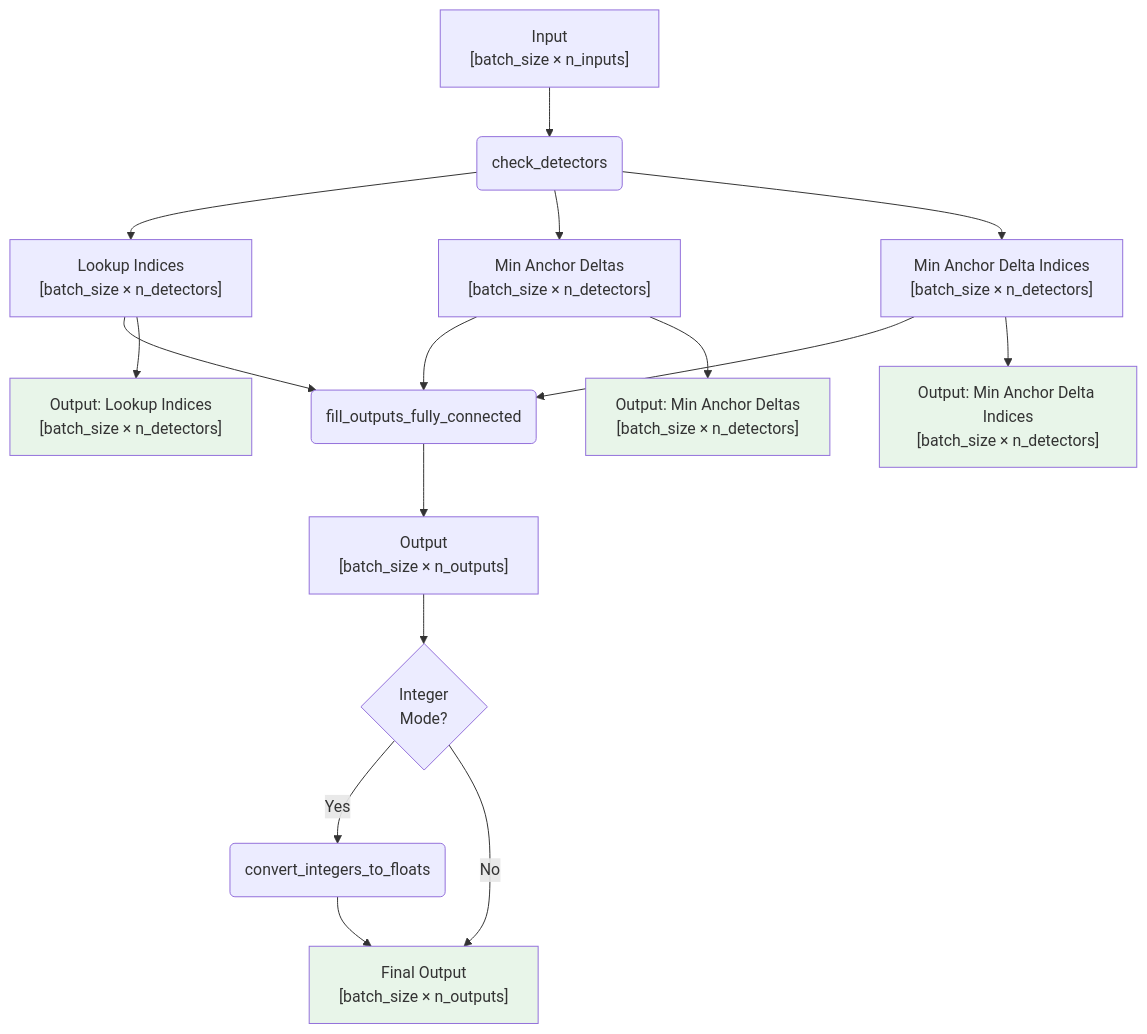
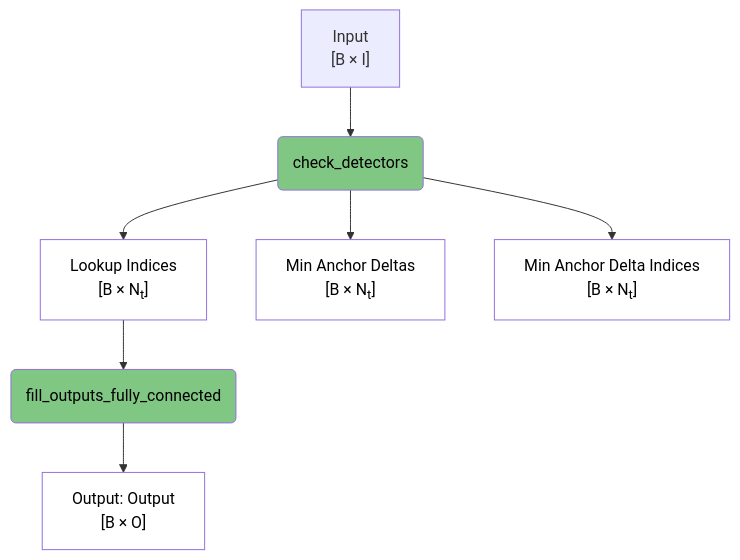
Before and after one commit to anatoli-starostin/spiky: the first of 6 diagrams in spiky_cuda/lut/doc/LUT_RUNTIME_DATA_FLOW.md, drawn with Mermaid. The commit also changed other lines of this file and 1 other file, not shown here.

````diff
--- a/spiky_cuda/lut/doc/LUT_RUNTIME_DATA_FLOW.md
+++ b/spiky_cuda/lut/doc/LUT_RUNTIME_DATA_FLOW.md
@@ -11,28 +9,19 @@
 ```mermaid
 flowchart TD
-    A["Input<br/>[batch_size × n_inputs]"] --> B(check_detectors)
+    A["Input<br/>[B × I]"] --> B(check_detectors)
     
-    B --> C["Lookup Indices<br/>[batch_size × n_detectors]"]
-    B --> D["Min Anchor Deltas<br/>[batch_size × n_detectors]"]
-    B --> E["Min Anchor Delta Indices<br/>[batch_size × n_detectors]"]
+    B --> C["Lookup Indices<br/>[B × N<sub>t</sub>]"]
+    B --> D["Min Anchor Deltas<br/>[B × N<sub>t</sub>]"]
+    B --> E["Min Anchor Delta Indices<br/>[B × N<sub>t</sub>]"]
     
     C --> F(fill_outputs_fully_connected)
-    D --> F
-    E --> F
     
-    F --> G["Output<br/>[batch_size × n_outputs]"]
+    F --> G["Output: Output<br/>[B × O]"]
     
-    G --> H{Integer<br/>Mode?}
-    H -->|Yes| I(convert_integers_to_floats)
-    H -->|No| J["Final Output<br/>[batch_size × n_outputs]"]
-    I --> J
-    
-    C --> K["Output: Lookup Indices<br/>[batch_size × n_detectors]"]
-    D --> L["Output: Min Anchor Deltas<br/>[batch_size × n_detectors]"]
-    E --> M["Output: Min Anchor Delta Indices<br/>[batch_size × n_detectors]"]
-    
-    style K fill:#e8f5e9
-    style L fill:#e8f5e9
-    style M fill:#e8f5e9
-    style J fill:#e8f5e9
+    style B fill:#81c784,color:#000000
+    style F fill:#81c784,color:#000000
+    style C fill:#ffffff,color:#000000
+    style D fill:#ffffff,color:#000000
+    style E fill:#ffffff,color:#000000
+    style G fill:#ffffff,color:#000000
 ```
````
